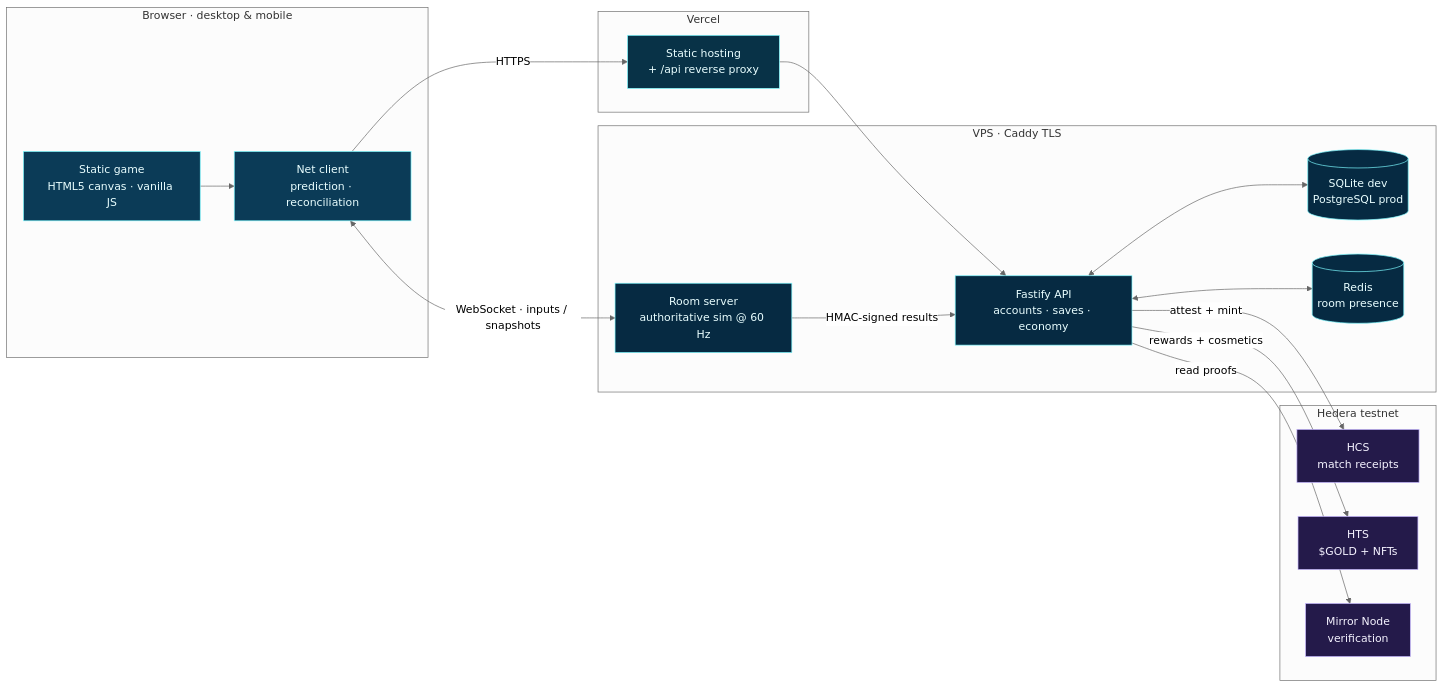
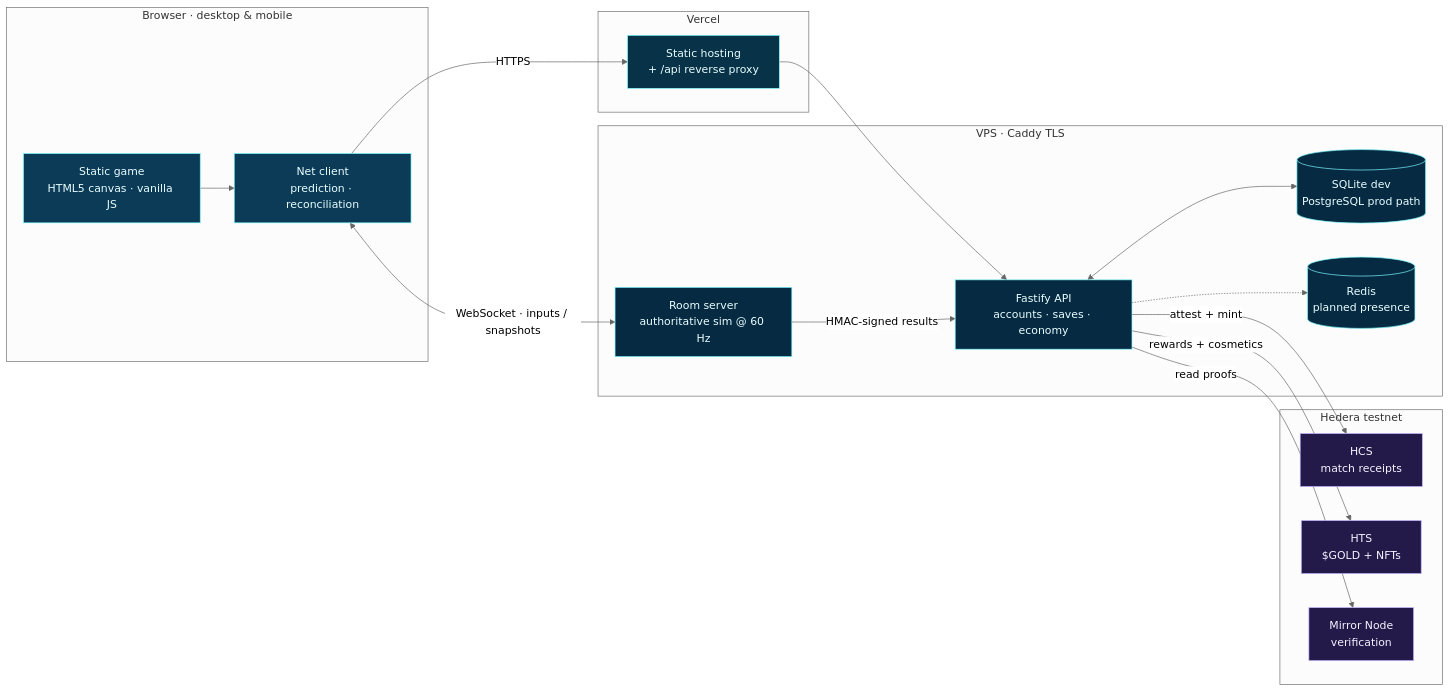
Before and after one commit to shripad-jyothinath/bladetide: the diagram in README.md, drawn with Mermaid (neutral theme). The commit also changed other lines of this file, not shown here.

Commit message:
docs: clarify planned Redis/PostgreSQL production path

````diff
--- a/README.md
+++ b/README.md
@@ -133,44 +133,44 @@
 ```mermaid
 flowchart LR
     subgraph Browser["Browser · desktop & mobile"]
         WEB["Static game<br/>HTML5 canvas · vanilla JS"]
         NET["Net client<br/>prediction · reconciliation"]
     end
 
     subgraph Edge["Vercel"]
         VERCEL["Static hosting<br/>+ /api reverse proxy"]
     end
 
     subgraph VPS["VPS · Caddy TLS"]
         API["Fastify API<br/>accounts · saves · economy"]
         ROOM["Room server<br/>authoritative sim @ 60 Hz"]
-        DB[("SQLite dev<br/>PostgreSQL prod")]
-        REDIS[("Redis<br/>room presence")]
+        DB[("SQLite dev<br/>PostgreSQL prod path")]
+        REDIS[("Redis<br/>planned presence")]
     end
 
     subgraph Hedera["Hedera testnet"]
         HCS["HCS<br/>match receipts"]
         HTS["HTS<br/>$GOLD + NFTs"]
         MIRROR["Mirror Node<br/>verification"]
     end
 
     WEB --> NET
     NET -->|"HTTPS"| VERCEL
     VERCEL --> API
     NET <-->|"WebSocket · inputs / snapshots"| ROOM
     API <--> DB
-    API <--> REDIS
+    API -.-> REDIS
     ROOM -->|"HMAC-signed results"| API
     API -->|"attest + mint"| HCS
     API -->|"rewards + cosmetics"| HTS
     API -->|"read proofs"| MIRROR
 
     classDef browser fill:#0b3b57,stroke:#7df9ff,color:#e9feff
     classDef edge fill:#083247,stroke:#7df9ff,color:#e9feff
     classDef server fill:#062a42,stroke:#7df9ff,color:#e9feff
     classDef chain fill:#241a4a,stroke:#c4b5fd,color:#f5f3ff
     class WEB,NET browser
     class VERCEL edge
     class API,ROOM,DB,REDIS server
     class HCS,HTS,MIRROR chain
 ```
````
